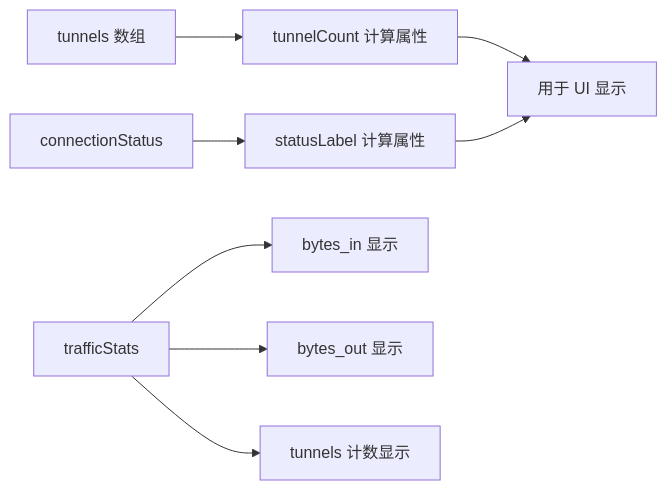
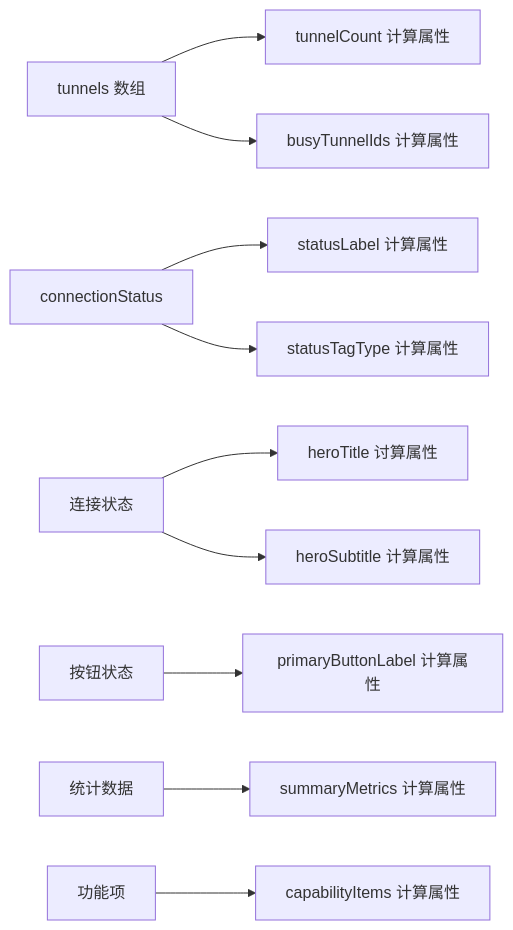
Before and after one commit to itsharex/NexTunnel: the tenth of 13 diagrams in .qoder/repowiki/zh/content/架构设计/桌面端架构设计/组件系统设计/组件系统设计.md, drawn with Mermaid. The commit also changed other lines of this file and 41 other files, not shown here.

````diff
--- a/.qoder/repowiki/zh/content/架构设计/桌面端架构设计/组件系统设计/组件系统设计.md
+++ b/.qoder/repowiki/zh/content/架构设计/桌面端架构设计/组件系统设计/组件系统设计.md
@@ -313,10 +486,12 @@
 ```mermaid
 flowchart LR
 TunnelsArray["tunnels 数组"] --> TunnelCount["tunnelCount 计算属性"]
-TunnelCount --> Display["用于 UI 显示"]
+TunnelsArray --> BusyTunnelIds["busyTunnelIds 计算属性"]
 ConnectionStatus["connectionStatus"] --> StatusLabel["statusLabel 计算属性"]
-StatusLabel --> Display
-TrafficStats["trafficStats"] --> BytesIn["bytes_in 显示"]
-TrafficStats --> BytesOut["bytes_out 显示"]
-TrafficStats --> TunnelCountDisplay["tunnels 计数显示"]
+ConnectionStatus --> StatusTagType["statusTagType 计算属性"]
+HeroStates["连接状态"] --> HeroTitle["heroTitle 讨算属性"]
+HeroStates --> HeroSubtitle["heroSubtitle 计算属性"]
+PrimaryButton["按钮状态"] --> PrimaryButtonLabel["primaryButtonLabel 计算属性"]
+SummaryMetrics["统计数据"] --> SummaryMetricsComputed["summaryMetrics 计算属性"]
+CapabilityItems["功能项"] --> CapabilityItemsComputed["capabilityItems 计算属性"]
 ```
````
